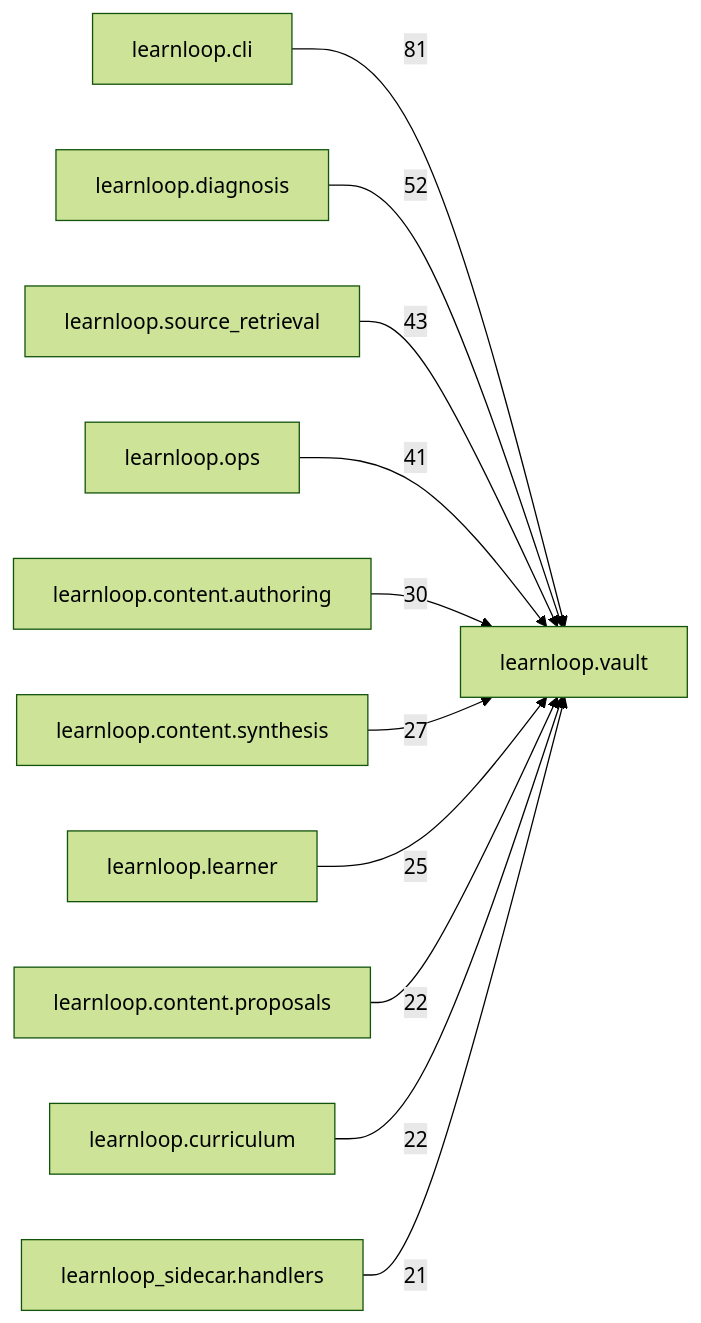
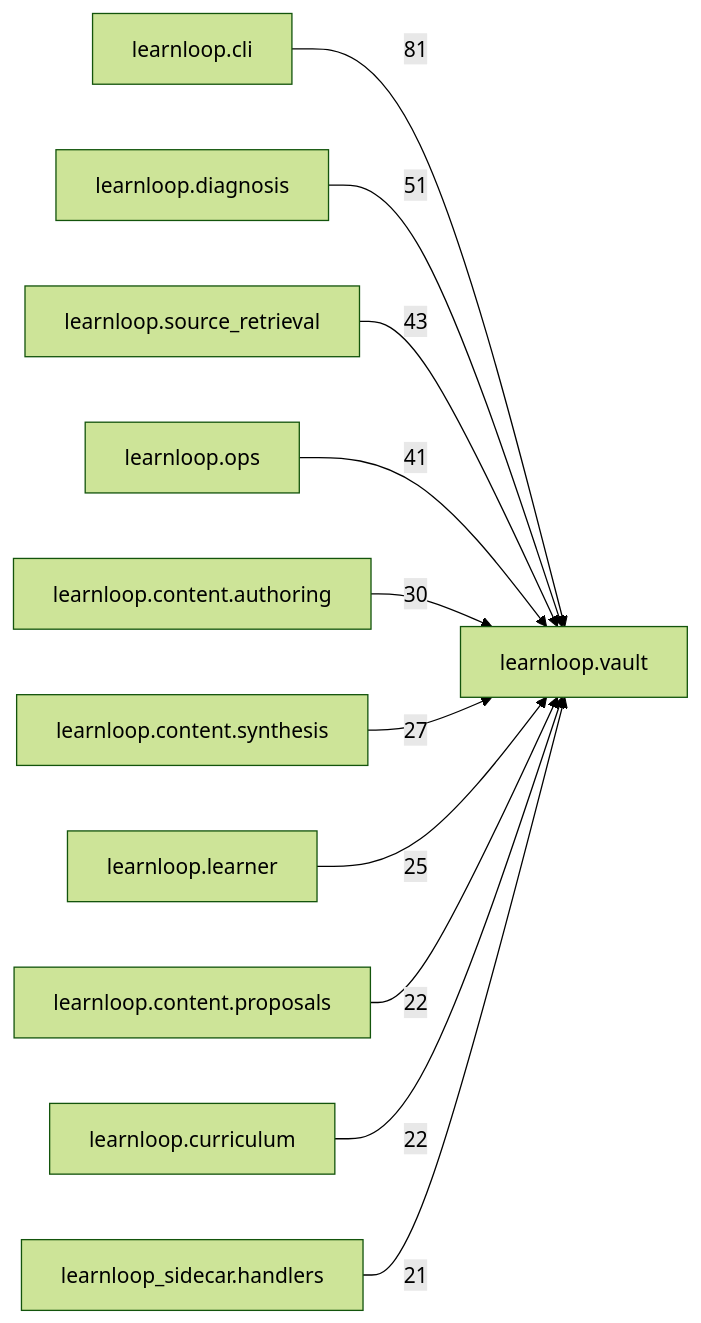
The diagram in docs/learnloop-architecture-vault/Reference/Modules/learnloop/vault/_package.md (6up-b/learnanything), drawn with Mermaid (forest theme) before and after one commit. The commit also changed other lines of this file and 69 other files, not shown here.

````diff
--- a/docs/learnloop-architecture-vault/Reference/Modules/learnloop/vault/_package.md
+++ b/docs/learnloop-architecture-vault/Reference/Modules/learnloop/vault/_package.md
@@ -137,24 +137,24 @@
 ```mermaid
 flowchart LR
     center["learnloop.vault"]
     n_learnloop_cli["learnloop.cli"]
     n_learnloop_diagnosis["learnloop.diagnosis"]
     n_learnloop_source_retrieval["learnloop.source_retrieval"]
     n_learnloop_ops["learnloop.ops"]
     n_learnloop_content_authoring["learnloop.content.authoring"]
     n_learnloop_content_synthesis["learnloop.content.synthesis"]
     n_learnloop_learner["learnloop.learner"]
     n_learnloop_content_proposals["learnloop.content.proposals"]
     n_learnloop_curriculum["learnloop.curriculum"]
     n_learnloop_sidecar_handlers["learnloop_sidecar.handlers"]
     n_learnloop_cli -->|81| center
-    n_learnloop_diagnosis -->|52| center
+    n_learnloop_diagnosis -->|51| center
     n_learnloop_source_retrieval -->|43| center
     n_learnloop_ops -->|41| center
     n_learnloop_content_authoring -->|30| center
     n_learnloop_content_synthesis -->|27| center
     n_learnloop_learner -->|25| center
     n_learnloop_content_proposals -->|22| center
     n_learnloop_curriculum -->|22| center
     n_learnloop_sidecar_handlers -->|21| center
 ```
````
